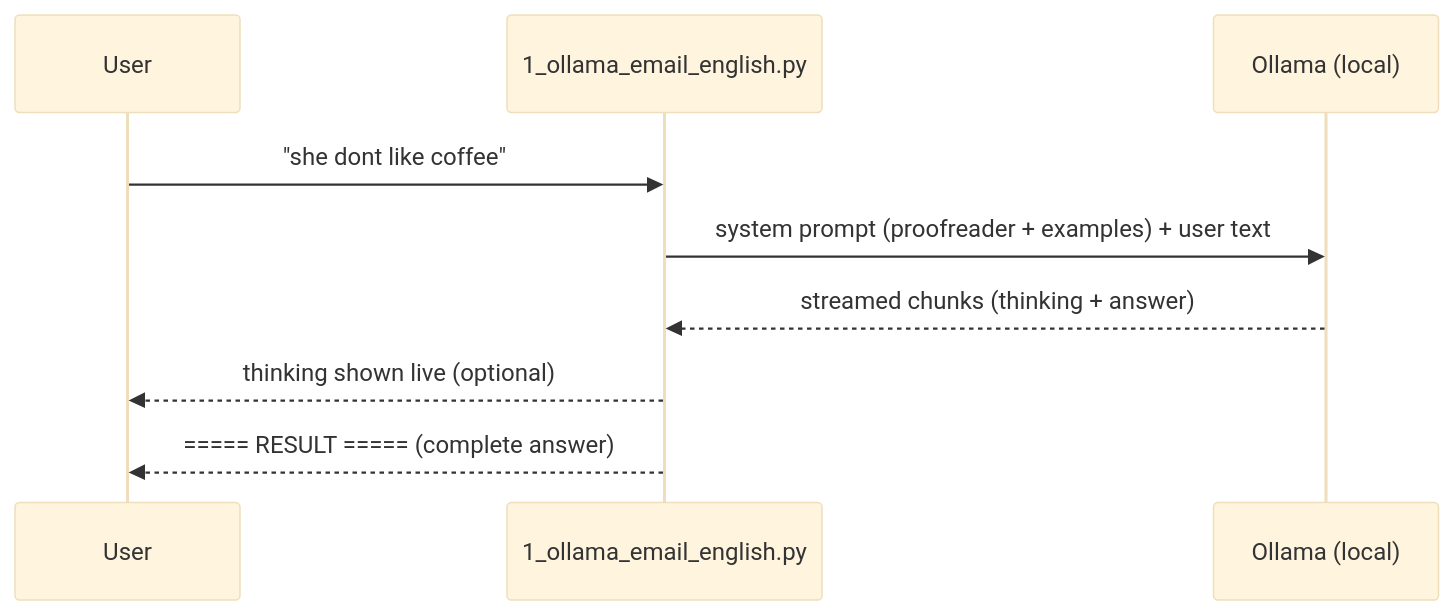
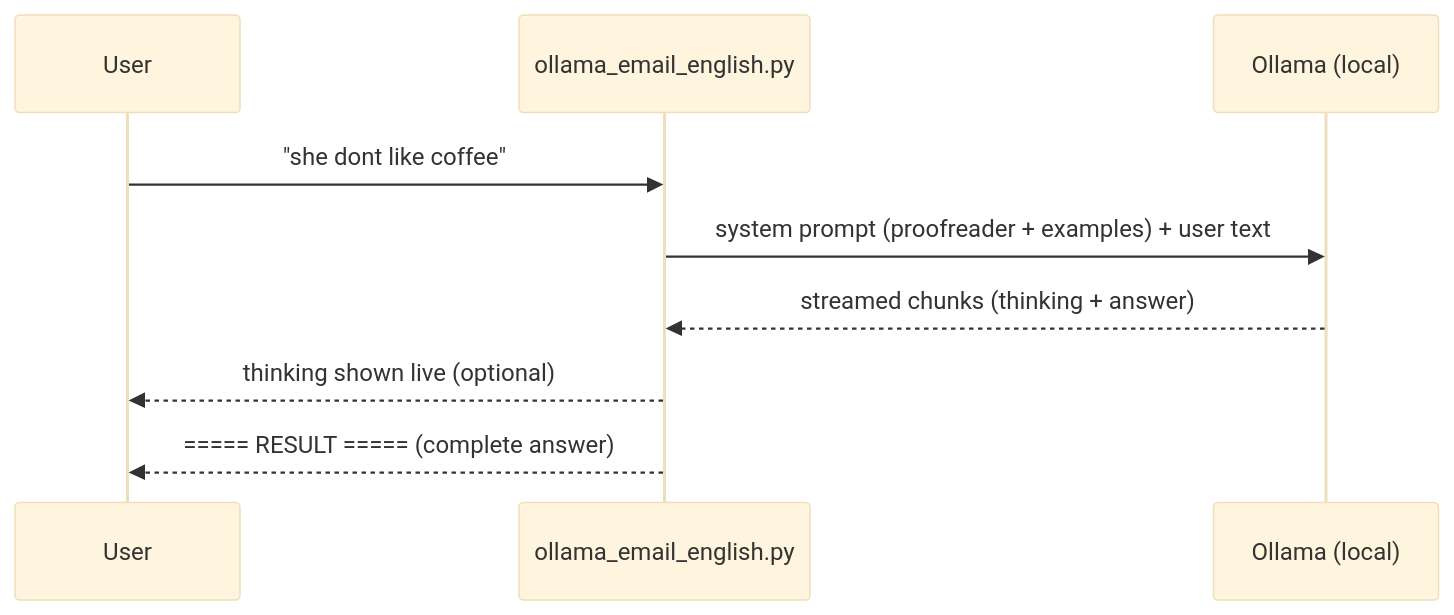
The diagram in README.md (rizwannazir333/ollama-writing-assistant), drawn with Mermaid (base theme) before and after one commit. The commit also changed other lines of this file and 1 other file, not shown here.

````diff
--- a/README.md
+++ b/README.md
@@ -51,11 +51,11 @@
 ```mermaid
 sequenceDiagram
     participant U as User
-    participant A as 1_ollama_email_english.py
+    participant A as ollama_email_english.py
     participant O as Ollama (local)
     U->>A: "she dont like coffee"
     A->>O: system prompt (proofreader + examples) + user text
     O-->>A: streamed chunks (thinking + answer)
     A-->>U: thinking shown live (optional)
     A-->>U: ===== RESULT ===== (complete answer)
 ```
````
